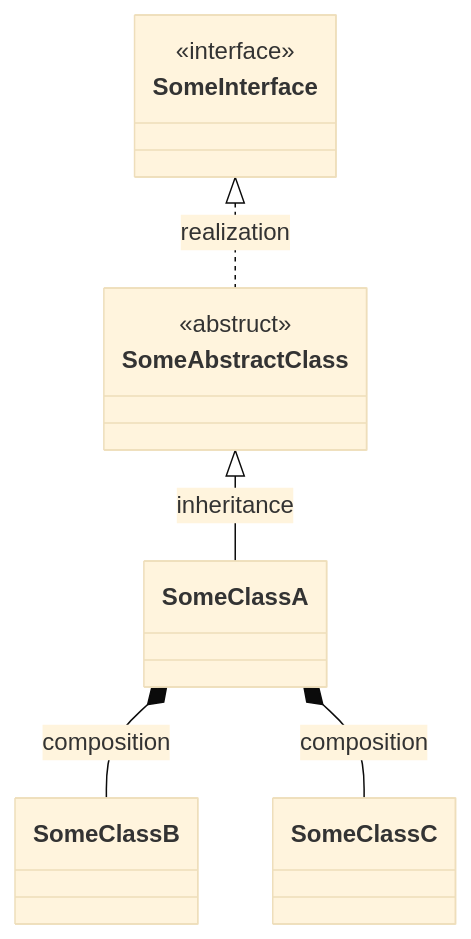
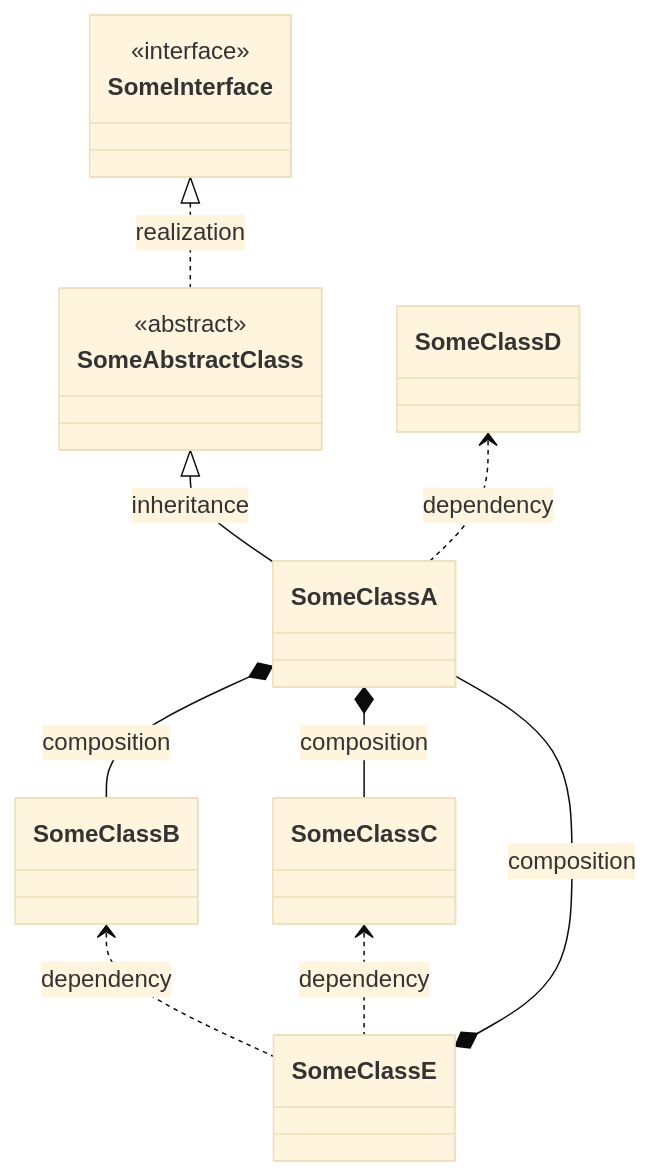
The first of 2 diagrams in README.md (tasuku43/php-mermaid-class-diagram), drawn with Mermaid (base theme) before and after one commit. The commit also changed other lines of this file, not shown here.

````diff
--- a/README.md
+++ b/README.md
@@ -75,20 +99,28 @@
 ```mermaid
 classDiagram
-    class SomeClassC {
+    class SomeAbstractClass {
+        <<abstract>>
+    }
+    class SomeClassA {
     }
     class SomeClassB {
     }
-    class SomeAbstractClass {
-        <<abstruct>>
+    class SomeClassC {
     }
-    class SomeClassA {
+    class SomeClassD {
+    }
+    class SomeClassE {
     }
     class SomeInterface {
         <<interface>>
     }
 
     SomeInterface <|.. SomeAbstractClass: realization
     SomeAbstractClass <|-- SomeClassA: inheritance
     SomeClassA *-- SomeClassB: composition
     SomeClassA *-- SomeClassC: composition
+    SomeClassD <.. SomeClassA: dependency
+    SomeClassE *-- SomeClassA: composition
+    SomeClassB <.. SomeClassE: dependency
+    SomeClassC <.. SomeClassE: dependency
 ```
````
